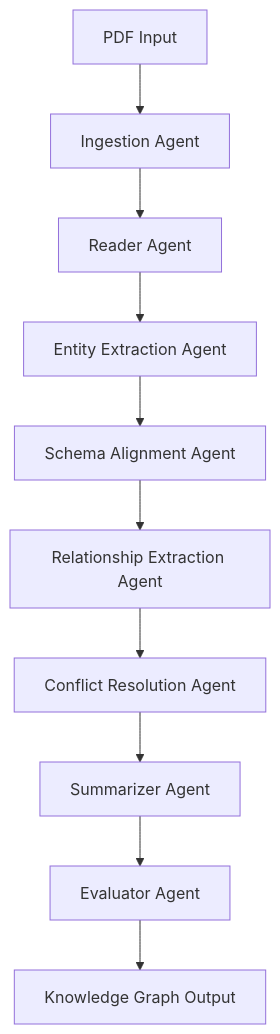
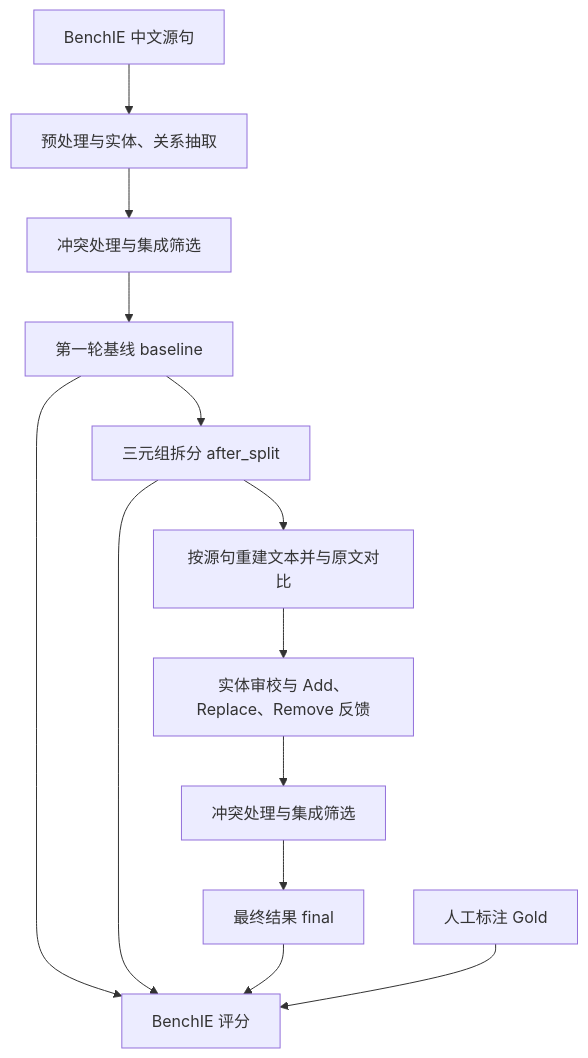
Before and after one commit to lichuanpei12-coder/KARMA: the diagram in README.md, drawn with Mermaid. The commit also changed other lines of this file, not shown here.

Commit message:
更新 README，说明 BenchIE 中文运行流程

````diff
--- a/README.md
+++ b/README.md
@@ -108,12 +41,15 @@
 ```mermaid
-graph TD
-    A[PDF Input] --> B[Ingestion Agent]
-    B --> C[Reader Agent]
-    C --> D[Entity Extraction Agent]
-    D --> E[Schema Alignment Agent]
-    E --> F[Relationship Extraction Agent]
-    F --> G[Conflict Resolution Agent]
-    G --> H[Summarizer Agent]
-    H --> I[Evaluator Agent]
-    I --> J[Knowledge Graph Output]
+flowchart TD
+    A[BenchIE 中文源句] --> B[预处理与实体、关系抽取]
+    B --> C[冲突处理与集成筛选]
+    C --> D[第一轮基线 baseline]
+    D --> E[三元组拆分 after_split]
+    E --> F[按源句重建文本并与原文对比]
+    F --> G[实体审校与 Add、Replace、Remove 反馈]
+    G --> H[冲突处理与集成筛选]
+    H --> I[最终结果 final]
+    D --> J[BenchIE 评分]
+    E --> J
+    I --> J
+    K[人工标注 Gold] --> J
 ```
````
